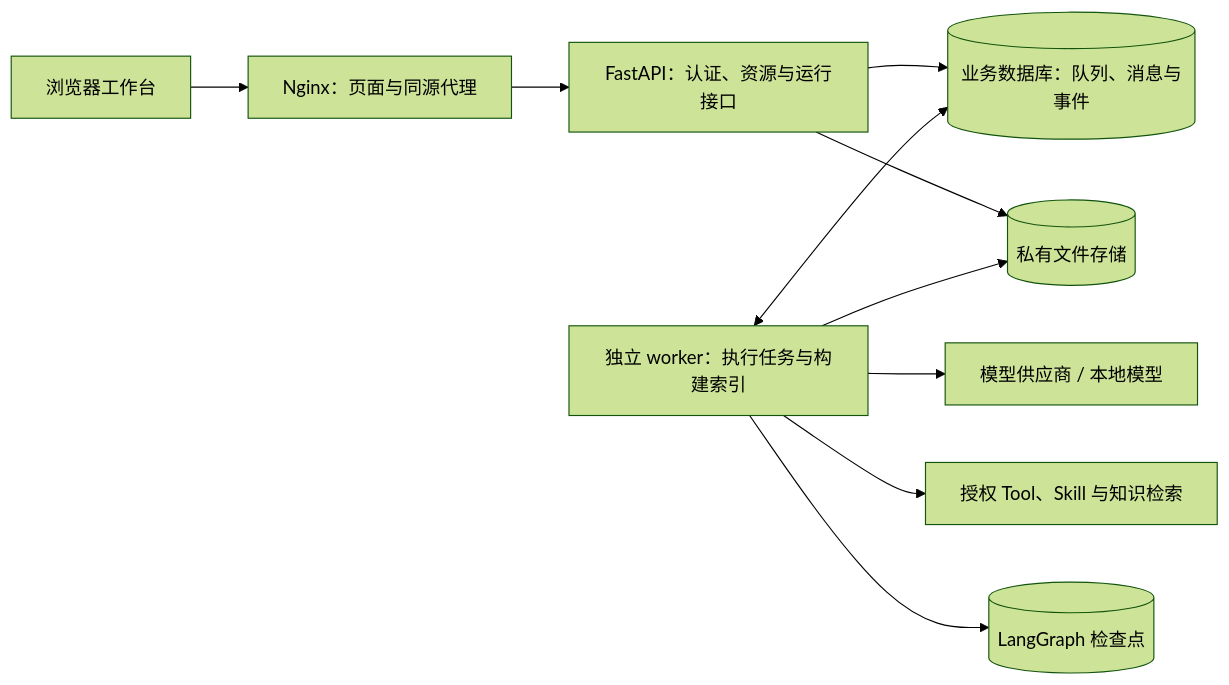
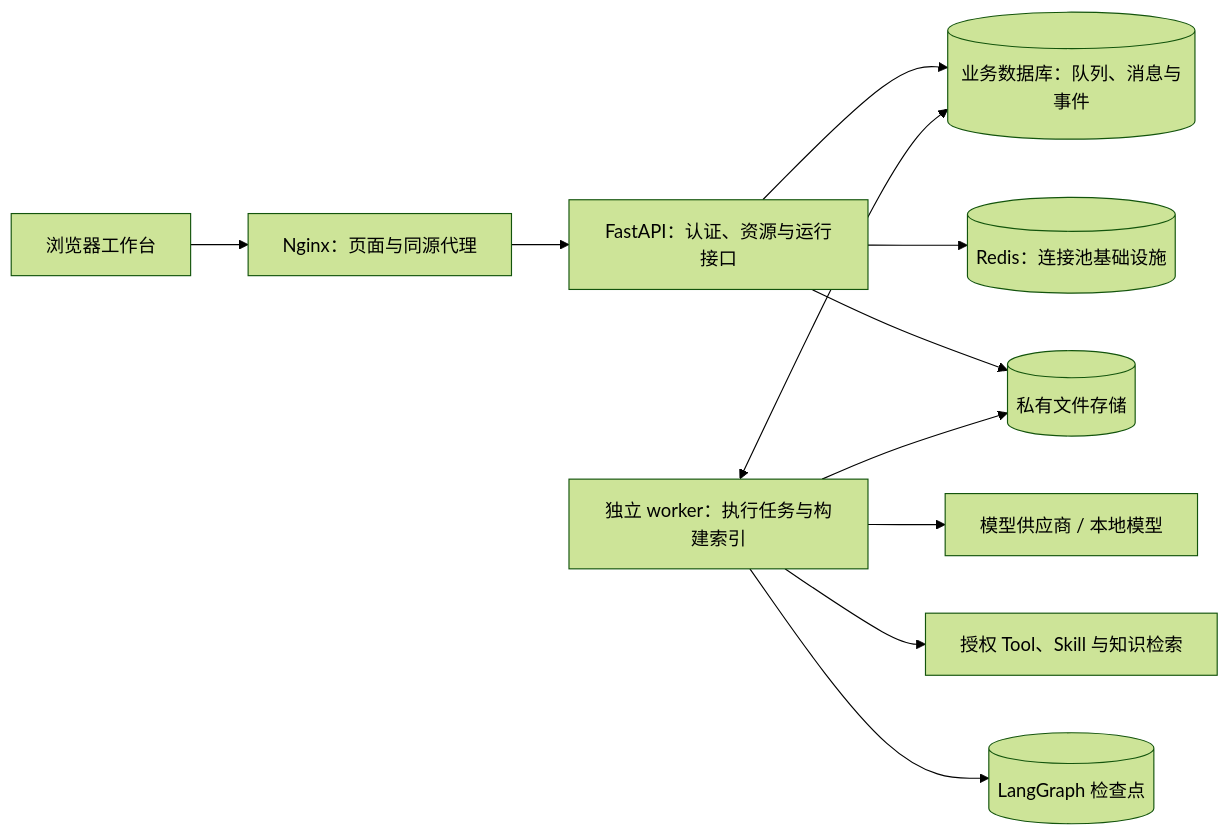
Before and after one commit to ExileLine/y-point: the diagram in README.md, drawn with Mermaid (forest theme). The commit also changed other lines of this file and 14 other files, not shown here.

````diff
--- a/README.md
+++ b/README.md
@@ -57,12 +57,13 @@
 ```mermaid
 flowchart LR
     Browser["浏览器工作台"] --> Web["Nginx：页面与同源代理"]
     Web --> API["FastAPI：认证、资源与运行接口"]
     API --> DB[("业务数据库：队列、消息与事件")]
+    API --> Redis[("Redis：连接池基础设施")]
     Worker["独立 worker：执行任务与构建索引"] <--> DB
     Worker --> Models["模型供应商 / 本地模型"]
     Worker --> Tools["授权 Tool、Skill 与知识检索"]
     Worker --> Checkpoints[("LangGraph 检查点")]
     API --> Files[("私有文件存储")]
     Worker --> Files
 ```
````
